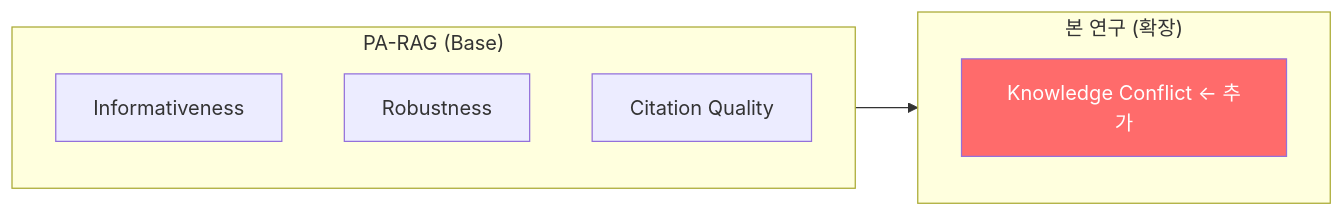
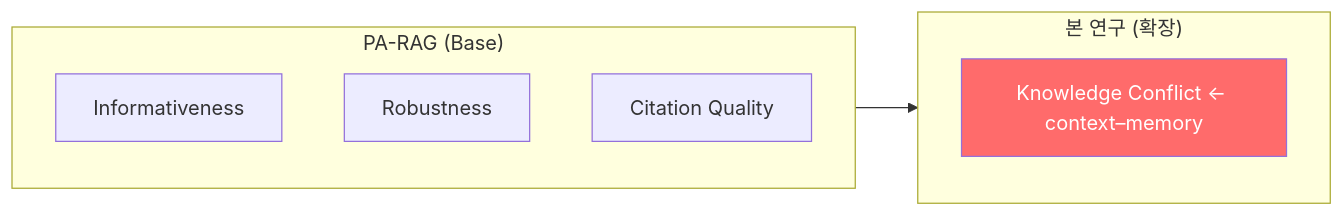
The diagram in README.md (Ontology0/Graduation-Project), drawn with Mermaid before and after one commit. The commit also changed other lines of this file and 31 other files, not shown here.

````diff
--- a/README.md
+++ b/README.md
@@ -53,13 +80,13 @@
 ```mermaid
 flowchart LR
     subgraph PA["PA-RAG (Base)"]
         A[Informativeness]
         B[Robustness]
         C[Citation Quality]
     end
     subgraph OURS["본 연구 (확장)"]
-        D[Knowledge Conflict ← 추가]
+        D[Knowledge Conflict ← context–memory]
     end
     PA --> OURS
     style D fill:#ff6b6b,color:#fff
 ```
````
